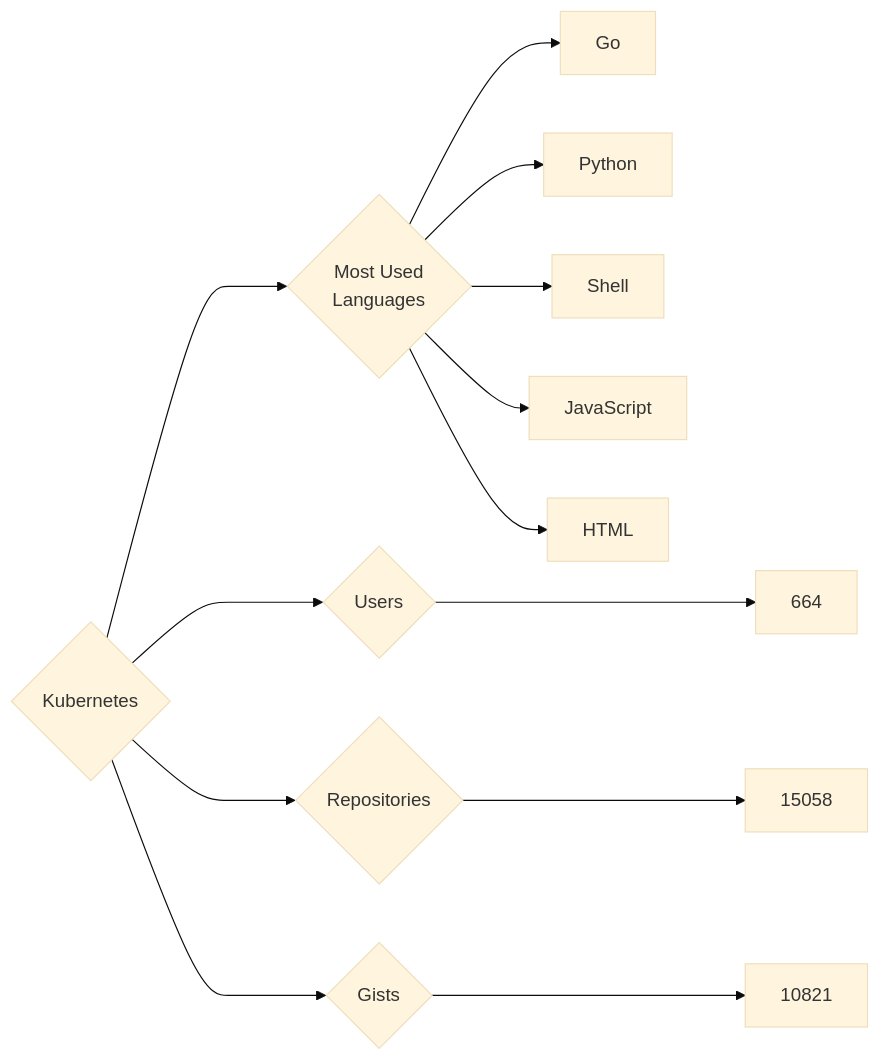
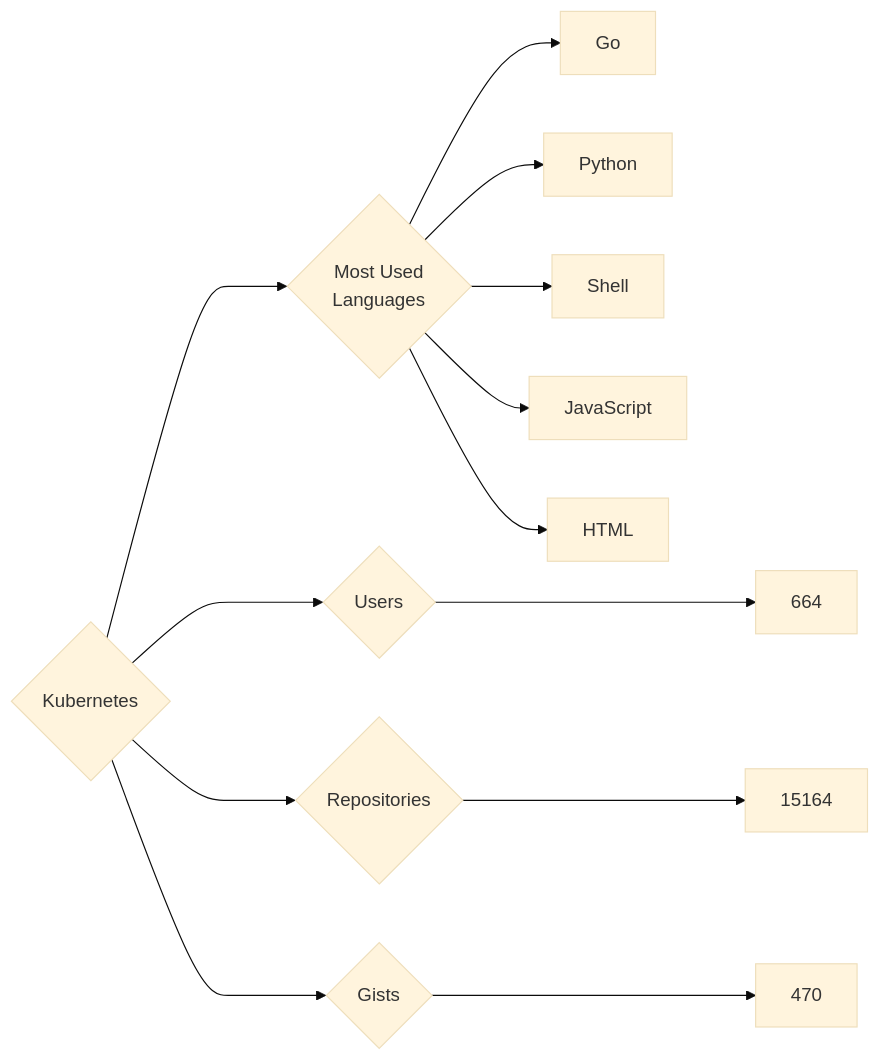
Before and after one commit to trickest/insiders: the diagram in targets/Kubernetes/README.md, drawn with Mermaid (base theme). The commit also changed 916 other files, not shown here.

````diff
--- a/targets/Kubernetes/README.md
+++ b/targets/Kubernetes/README.md
@@ -3,13 +3,13 @@
 ```mermaid
 graph LR
 COMPANY_NAME{Kubernetes}
 COMPANY_NAME ---> U{Users} ---> UN[664]
-COMPANY_NAME ---> R{Repositories} ---> RN[15058]
-COMPANY_NAME ---> G{Gists} ---> GN[10821]
+COMPANY_NAME ---> R{Repositories} ---> RN[15164]
+COMPANY_NAME ---> G{Gists} ---> GN[470]
 COMPANY_NAME ---> ML{Most Used<br>Languages}
 ML --> Go[Go]
 ML --> Python[Python]
 ML --> Shell[Shell]
 ML --> JavaScript[JavaScript]
 ML --> HTML[HTML]
 ```
````
